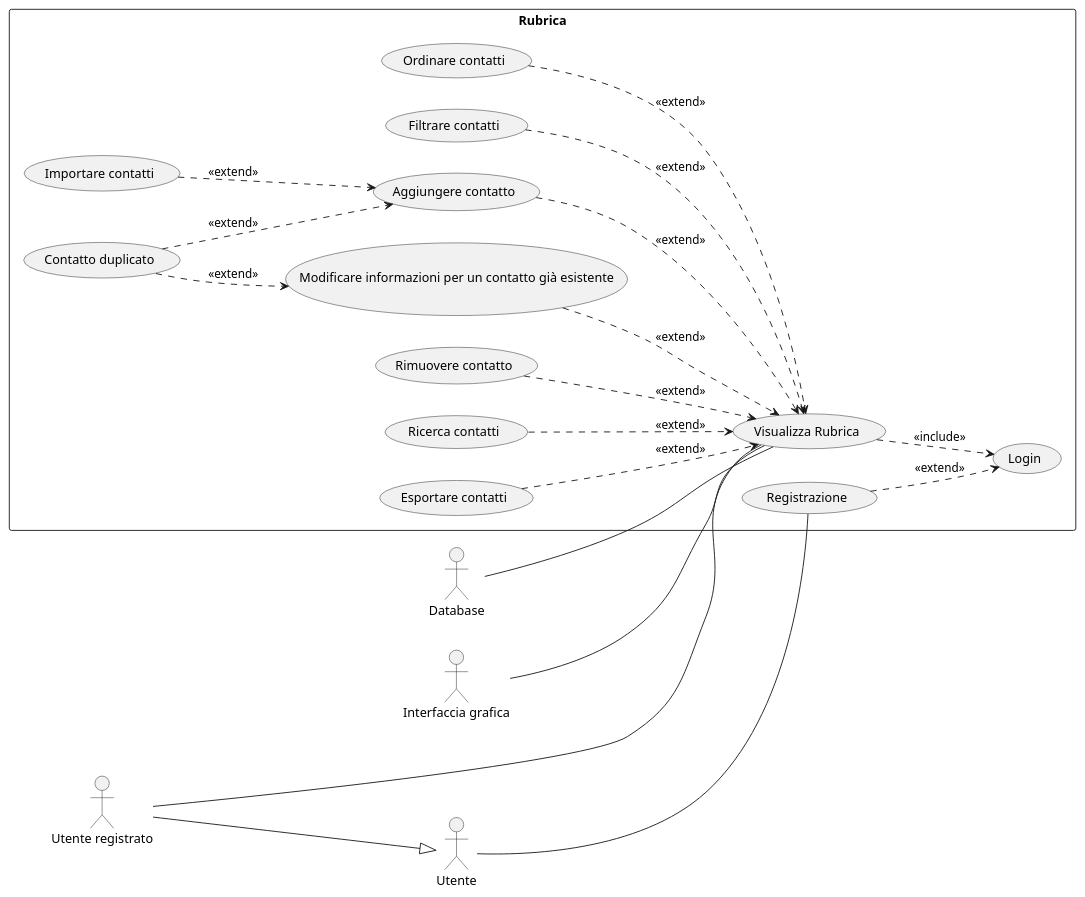
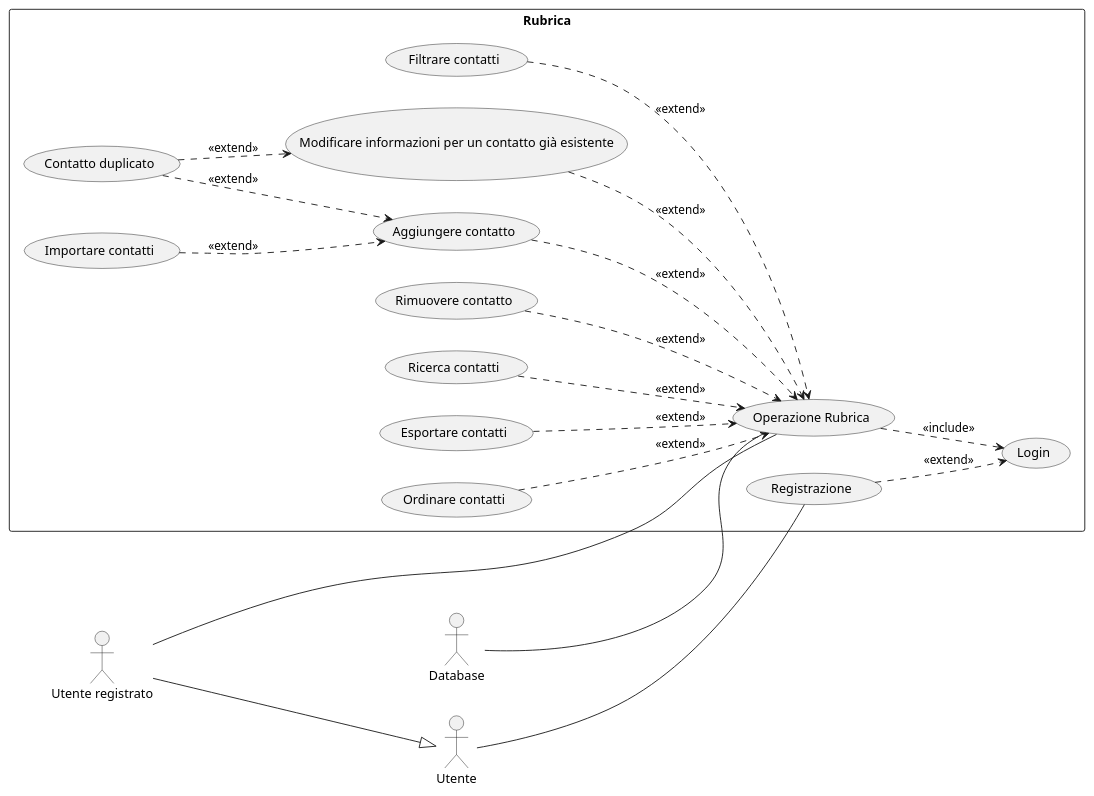
Before and after one commit to CupoMeridio/Rubrica-per-PC---Ingegneria-del-software-2024-2025---UNISA: the diagram in src/main/java/com/mycompany/rubrica_progetto_ids/uml/diagrammaCasiUso.puml, drawn with PlantUML.

Commit message:
Ho modificato il diagramma dei casi d'uso, eliminando l'interfaccia grafica come attore e ho modificato il caso d'uso da "Visualizza rubrica" a "Operazioni rubrica"

```diff
--- a/src/main/java/com/mycompany/rubrica_progetto_ids/uml/diagrammaCasiUso.puml
+++ b/src/main/java/com/mycompany/rubrica_progetto_ids/uml/diagrammaCasiUso.puml
@@ -1,50 +1,47 @@
 @startuml
 left to right direction
 actor Utente as u
 actor "Utente registrato" as ur
 actor "Database" as db
-actor "Interfaccia grafica" as gui
 rectangle Rubrica{
-    usecase "Visualizza Rubrica" as vr
+    usecase "Operazione Rubrica" as vr
     usecase "Registrazione" as reg
     usecase "Login" as log
     usecase "Aggiungere contatto" as agg
     usecase "Rimuovere contatto" as rim
     usecase "Modificare informazioni per un contatto già esistente" as mod
     usecase "Ricerca contatti" as ric
     usecase "Importare contatti" as imp
     usecase "Esportare contatti" as esp
     usecase "Ordinare contatti" as ord
     usecase "Filtrare contatti" as fil
     usecase "Contatto duplicato" as cont
 }
 
 u--reg
 
 ur--vr
 
 db--vr
-
-gui--vr
 
 ur --|>u
 
 
 
 reg ..>log: <<extend>>
 vr ..>log: <<include>>
 agg ..>vr: <<extend>>
 rim ..>vr: <<extend>>
 mod ..>vr: <<extend>>
 ric ..>vr: <<extend>>
 imp ..>agg: <<extend>>
 esp ..>vr: <<extend>>
 fil ..>vr: <<extend>>
 ord ..>vr: <<extend>>
 cont ..>agg: <<extend>>
 cont ..>mod: <<extend>>
 
 
 
 
 @enduml
```
